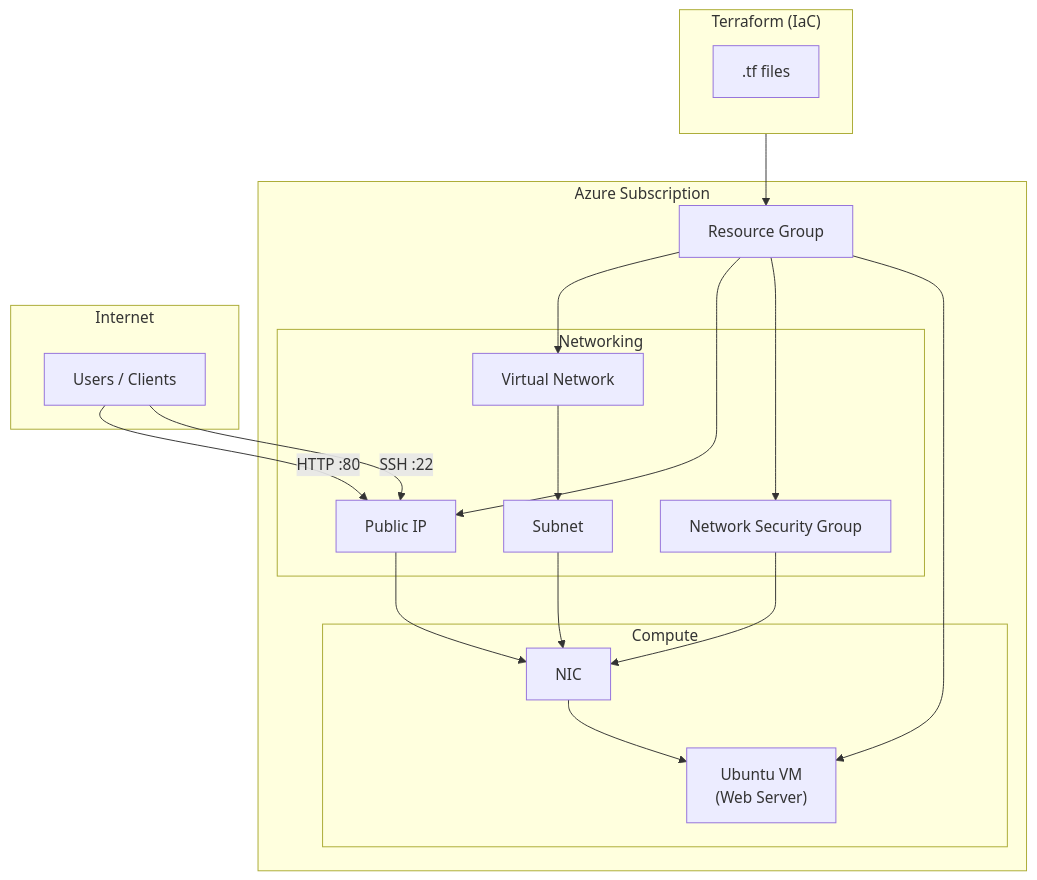
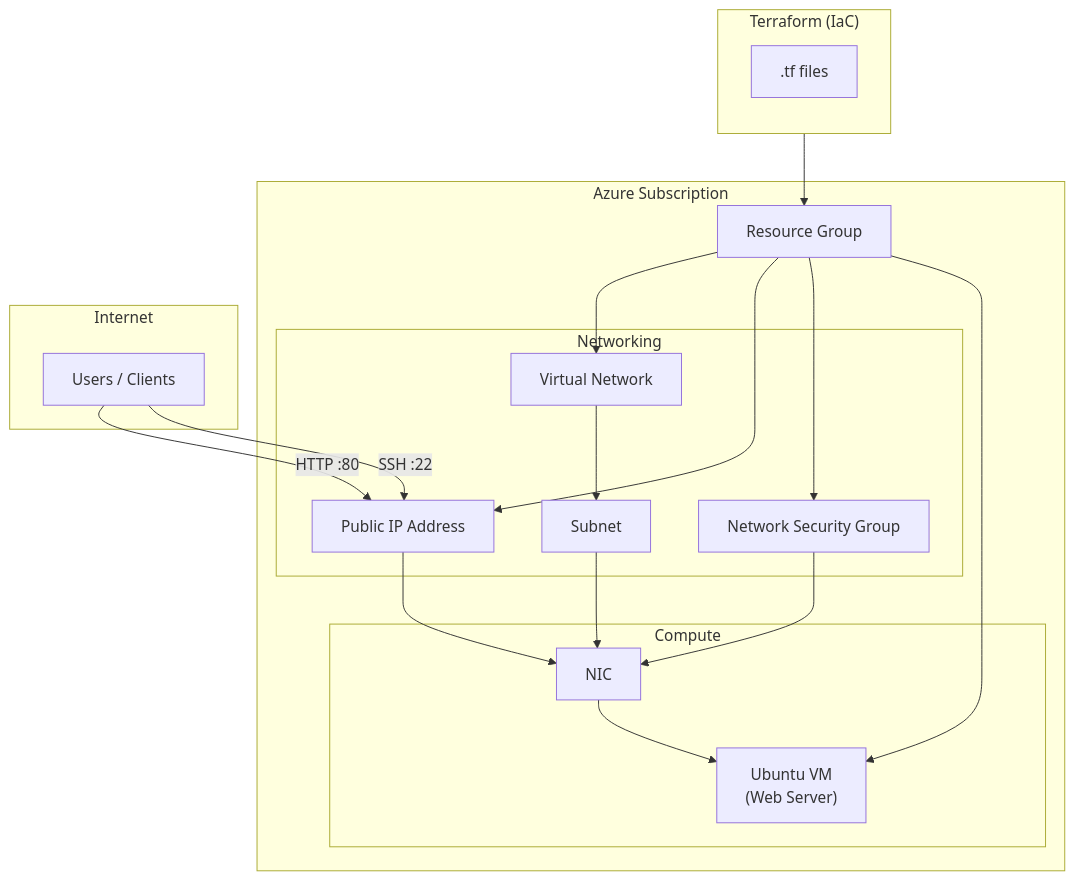
The diagram in ARCHITECTURE.md (Sighopss/CST8918-W26-A05-KUTT0011), drawn with Mermaid before and after one commit. The commit also changed other lines of this file and 4 other files, not shown here.

First line of the commit message:
Add a05-architecture.png, lock file; trim to lecturer spec

````diff
--- a/ARCHITECTURE.md
+++ b/ARCHITECTURE.md
@@ -10,41 +3,41 @@
 ```mermaid
 flowchart TB
     subgraph TF["Terraform (IaC)"]
         direction TB
         TFFILES[".tf files"]
     end
 
     subgraph AZ["Azure Subscription"]
         RG["Resource Group"]
 
         subgraph NET["Networking"]
             VNET["Virtual Network"]
             SNET["Subnet"]
-            PIP["Public IP"]
+            PIP["Public IP Address"]
             NSG["Network Security Group"]
         end
 
         subgraph COMP["Compute"]
             NIC["NIC"]
             WEBVM["Ubuntu VM\n(Web Server)"]
         end
     end
 
     subgraph INTERNET["Internet"]
         USER["Users / Clients"]
     end
 
     TFFILES --> RG
     RG --> VNET
     RG --> PIP
     RG --> NSG
     VNET --> SNET
     RG --> WEBVM
     SNET --> NIC
     PIP --> NIC
     NIC --> WEBVM
     NSG --> NIC
 
     USER -->|"HTTP :80"| PIP
     USER -->|"SSH :22"| PIP
 ```
````
